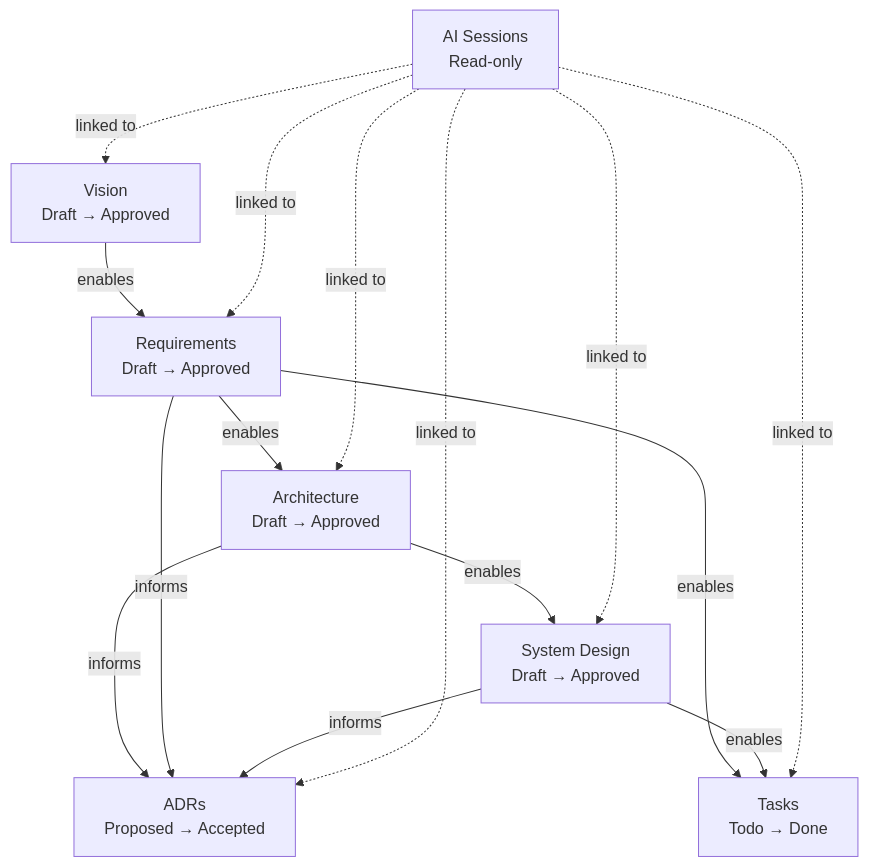
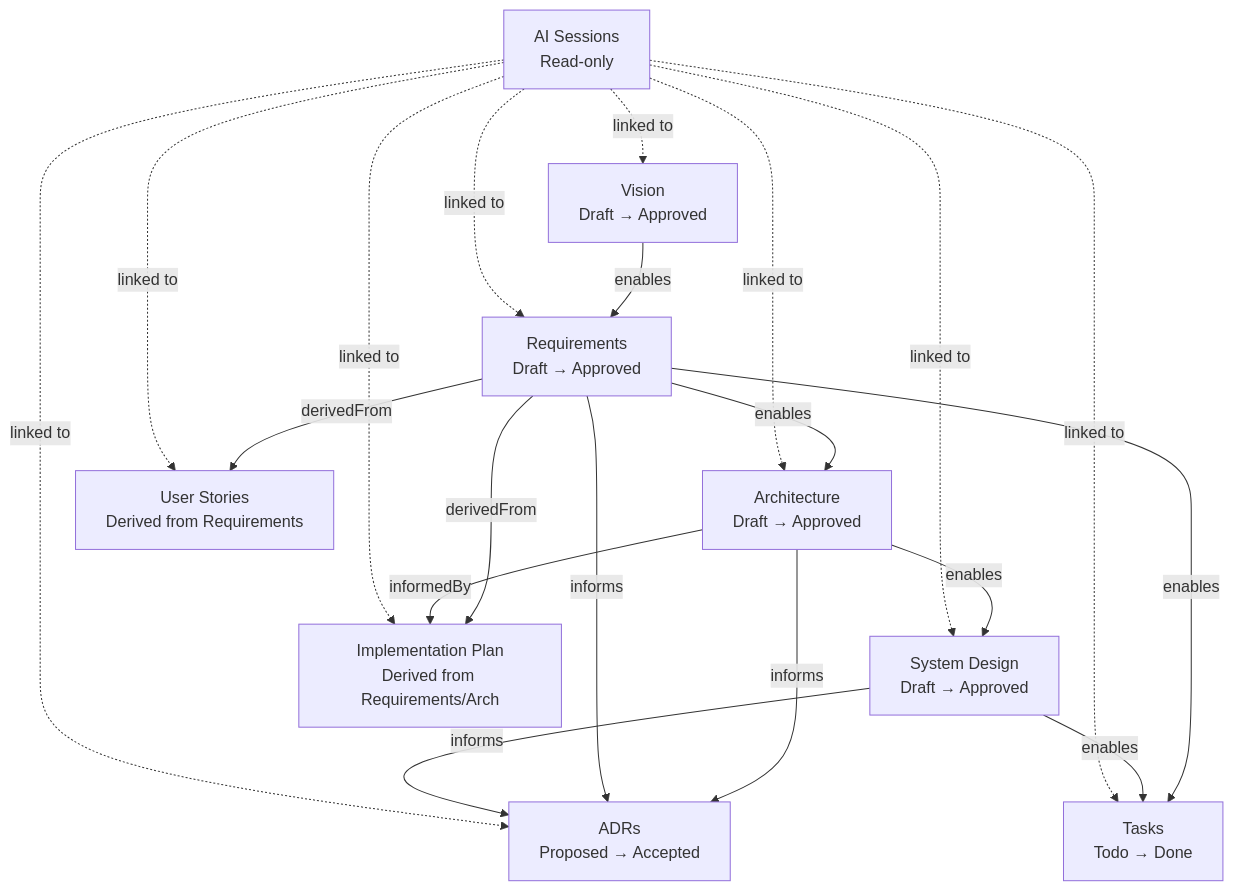
The second of 2 diagrams in docs/architecture/domain-model.md (Acerasien/project-forge), drawn with Mermaid before and after one commit. The commit also changed other lines of this file and 94 other files, not shown here.

Commit message:
Milestone 11: Architecture Engineering Capability Pack, Documentation, and Graphify Update

````diff
--- a/docs/architecture/domain-model.md
+++ b/docs/architecture/domain-model.md
@@ -72,20 +112,25 @@
 ```mermaid
 flowchart TD
     V[Vision\nDraft → Approved]
     R[Requirements\nDraft → Approved]
     A[Architecture\nDraft → Approved]
     SD[System Design\nDraft → Approved]
+    US[User Stories\nDerived from Requirements]
+    IP[Implementation Plan\nDerived from Requirements/Arch]
     ADR[ADRs\nProposed → Accepted]
     T[Tasks\nTodo → Done]
     AI[AI Sessions\nRead-only]
 
     V -->|enables| R
     R -->|enables| A
+    R -->|derivedFrom| US
+    R -->|derivedFrom| IP
+    A -->|informedBy| IP
     R -->|enables| T
     A -->|enables| SD
     A -->|informs| ADR
     R -->|informs| ADR
     SD -->|informs| ADR
     SD -->|enables| T
-    AI -.->|linked to| V & R & A & SD & ADR & T
+    AI -.->|linked to| V & R & A & SD & US & IP & ADR & T
 ```
````
